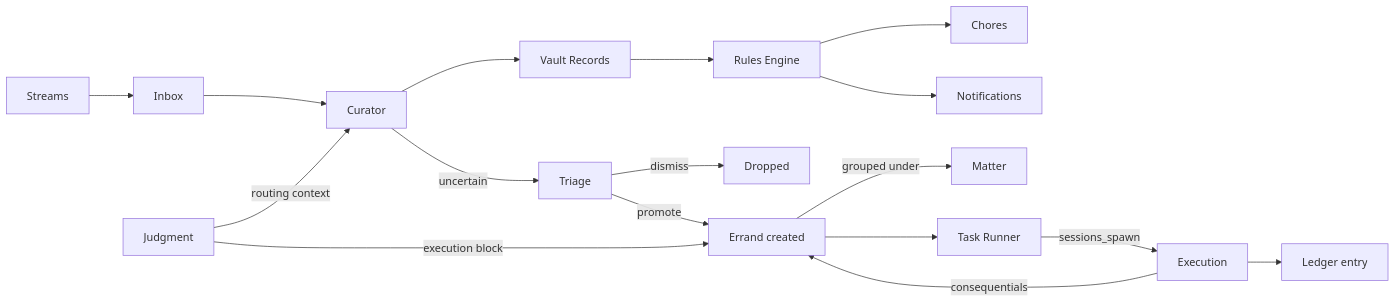
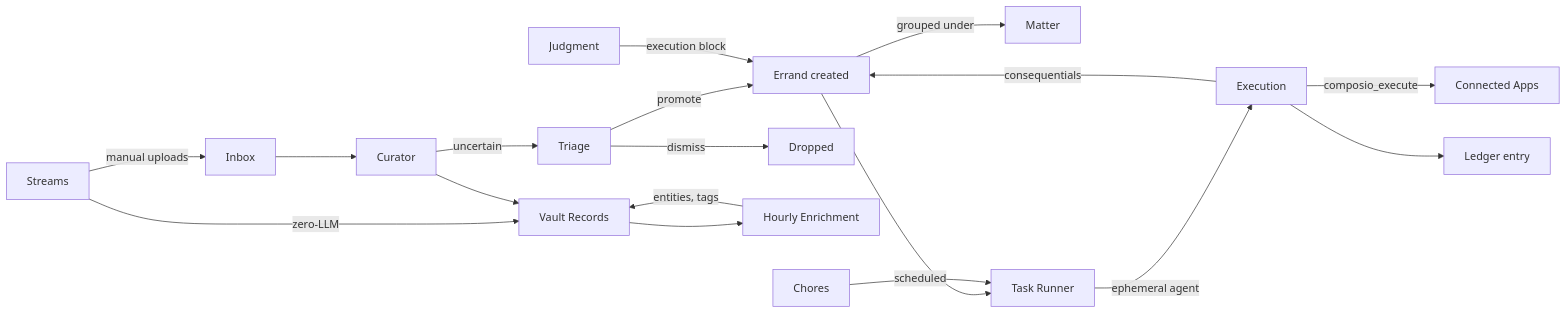
One commit to ssdavidai/alfred-documentation changed the diagram in architecture/kinetic.mdx. Above: the diagram before and after it, drawn with Mermaid. The commit also changed other lines of this file and 11 other files, not shown here.

First line of the commit message:
docs: comprehensive update for Connected Apps, zero-LLM ingest, chores, and progressive autonomy

````diff
--- a/architecture/kinetic.mdx
+++ b/architecture/kinetic.mdx
@@ -125,19 +145,20 @@
 ```mermaid
 graph LR
-    A[Streams] --> B[Inbox]
+    A[Streams] -->|zero-LLM| D[Vault Records]
+    A -->|manual uploads| B[Inbox]
     B --> C[Curator]
-    C --> D[Vault Records]
+    C --> D
     C -->|uncertain| T[Triage]
     T -->|promote| J
     T -->|dismiss| X[Dropped]
-    D --> E[Rules Engine]
-    E --> G[Chores]
-    E --> H[Notifications]
-    I[Judgment] -->|routing context| C
-    I -->|execution block| J[Errand created]
+    D --> E[Hourly Enrichment]
+    E -->|entities, tags| D
+    I[Judgment] -->|execution block| J[Errand created]
     J -->|grouped under| MA[Matter]
     J --> K[Task Runner]
-    K -->|sessions_spawn| L[Execution]
+    K -->|ephemeral agent| L[Execution]
+    L -->|composio_execute| EXT[Connected Apps]
     L --> M[Ledger entry]
     L -->|consequentials| J
+    G[Chores] -->|scheduled| K
 ```
````
